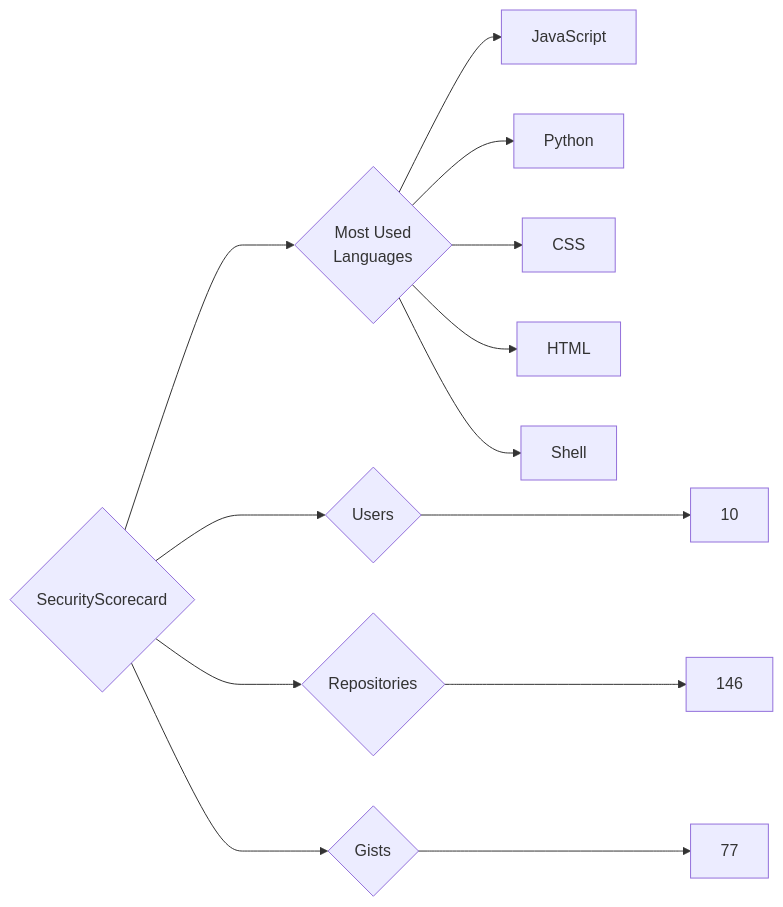
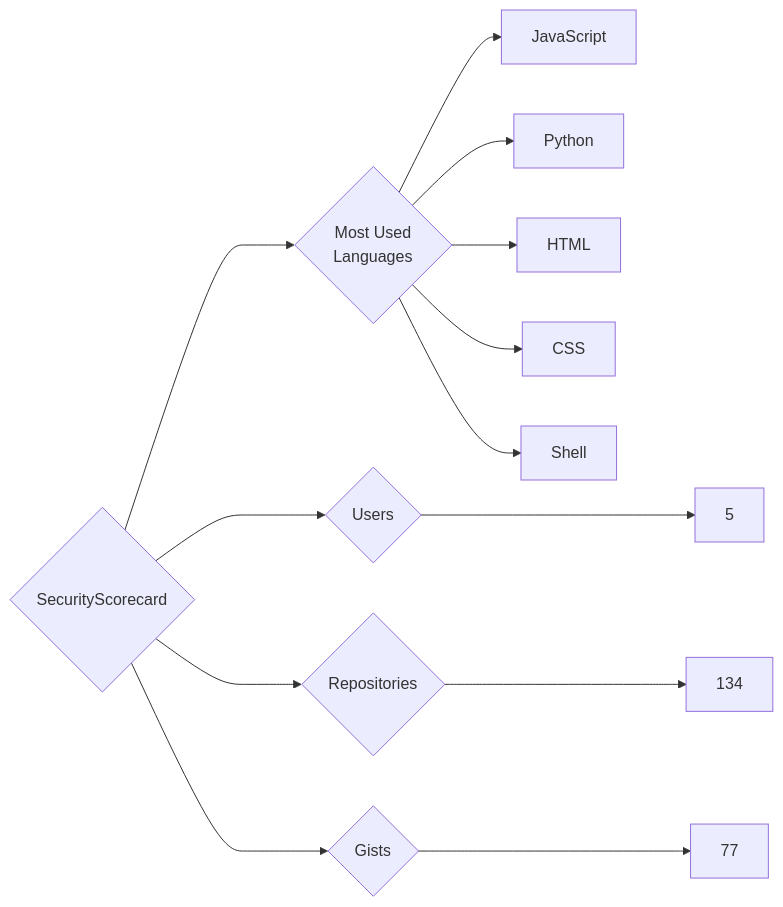
The diagram in targets/SecurityScorecard/README.md (trickest/insiders), drawn with Mermaid before and after one commit. The commit also changed 1248 other files, not shown here.

````diff
--- a/targets/SecurityScorecard/README.md
+++ b/targets/SecurityScorecard/README.md
@@ -3,13 +3,13 @@
 ```mermaid
 graph LR
 COMPANY_NAME{SecurityScorecard}
-COMPANY_NAME ---> U{Users} ---> UN[10]
-COMPANY_NAME ---> R{Repositories} ---> RN[146]
+COMPANY_NAME ---> U{Users} ---> UN[5]
+COMPANY_NAME ---> R{Repositories} ---> RN[134]
 COMPANY_NAME ---> G{Gists} ---> GN[77]
 COMPANY_NAME ---> ML{Most Used<br>Languages}
 ML --> JavaScript[JavaScript]
 ML --> Python[Python]
+ML --> HTML[HTML]
 ML --> CSS[CSS]
-ML --> HTML[HTML]
 ML --> Shell[Shell]
 ```
````
